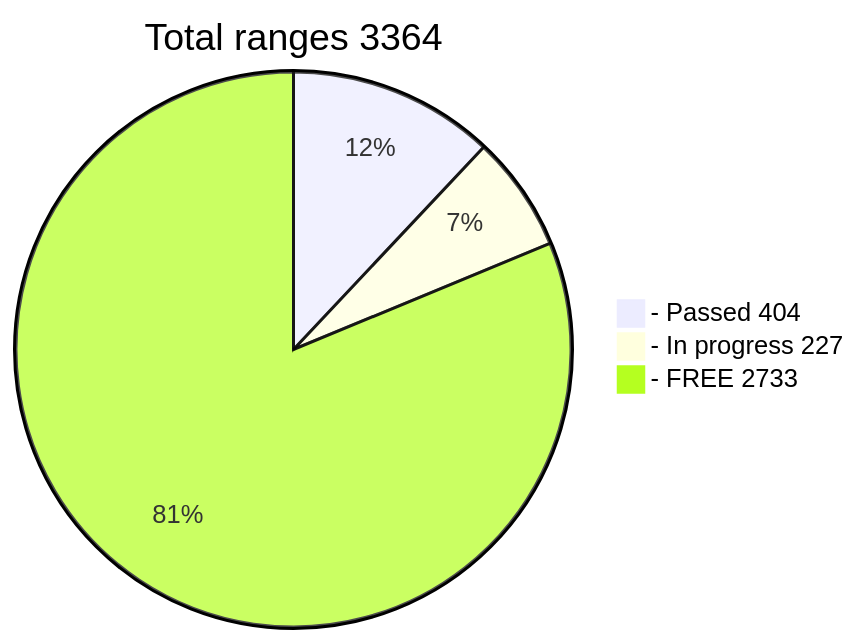
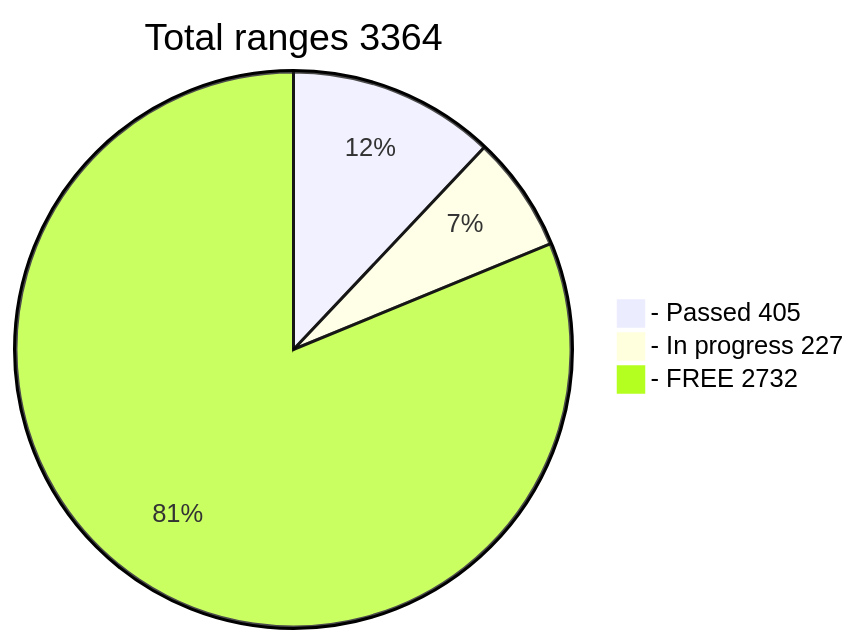
Before and after one commit to phrutis/wif500: the diagram in README.md, drawn with Mermaid.

````diff
--- a/README.md
+++ b/README.md
@@ -16,6 +16,6 @@
 ```mermaid
 pie title Total ranges 3364
-  "- Passed 404" : 404
+  "- Passed 405" : 405
   "- In progress 227" : 227
-  "- FREE 2733" : 2733
+  "- FREE 2732" : 2732
 ```
````
